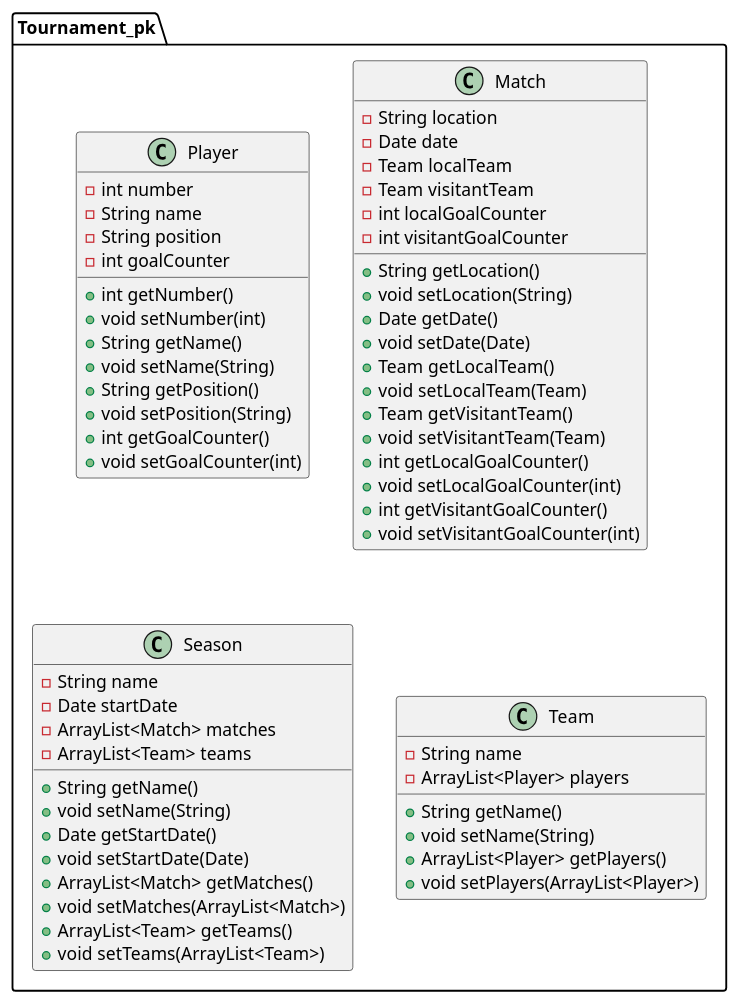
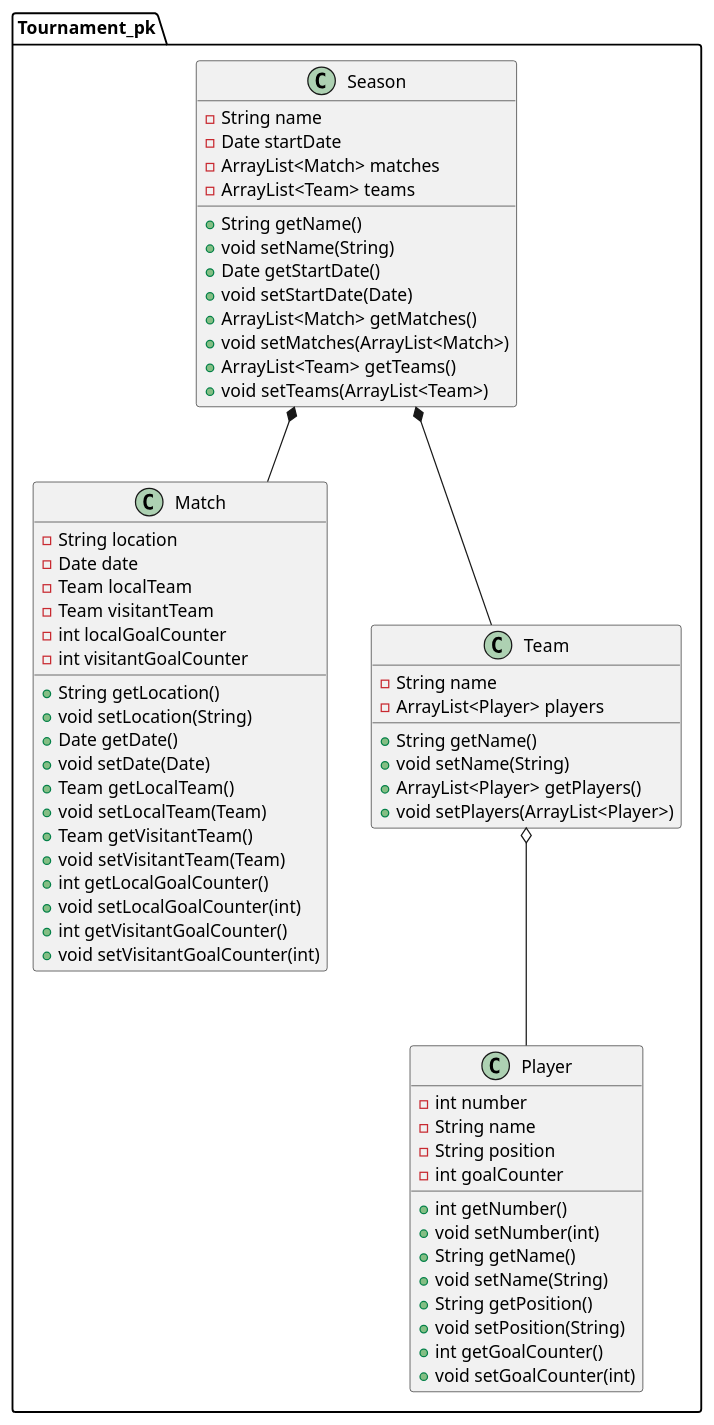
The diagram in class_diagram.puml (MalexD08/poo_davinci_tournament), drawn with PlantUML before and after one commit.

Commit message:
docs: add class diagram

```diff
--- a/class_diagram.puml
+++ b/class_diagram.puml
@@ -1,58 +1,66 @@
 @startuml
 class Tournament_pk.Player {
 - int number
 - String name
 - String position
 - int goalCounter
 + int getNumber()
 + void setNumber(int)
 + String getName()
 + void setName(String)
 + String getPosition()
 + void setPosition(String)
 + int getGoalCounter()
 + void setGoalCounter(int)
 }
 class Tournament_pk.Match {
 - String location
 - Date date
 - Team localTeam
 - Team visitantTeam
 - int localGoalCounter
 - int visitantGoalCounter
 + String getLocation()
 + void setLocation(String)
 + Date getDate()
 + void setDate(Date)
 + Team getLocalTeam()
 + void setLocalTeam(Team)
 + Team getVisitantTeam()
 + void setVisitantTeam(Team)
 + int getLocalGoalCounter()
 + void setLocalGoalCounter(int)
 + int getVisitantGoalCounter()
 + void setVisitantGoalCounter(int)
 }
+
+
 class Tournament_pk.Season {
 - String name
 - Date startDate
 - ArrayList<Match> matches
 - ArrayList<Team> teams
 + String getName()
 + void setName(String)
 + Date getStartDate()
 + void setStartDate(Date)
 + ArrayList<Match> getMatches()
 + void setMatches(ArrayList<Match>)
 + ArrayList<Team> getTeams()
 + void setTeams(ArrayList<Team>)
 }
+
+Tournament_pk.Season *-- Tournament_pk.Team
+Tournament_pk.Season *-- Tournament_pk.Match
+Tournament_pk.Team o-- Tournament_pk.Player
+
+
 class Tournament_pk.Team {
 - String name
 - ArrayList<Player> players
 + String getName()
 + void setName(String)
 + ArrayList<Player> getPlayers()
 + void setPlayers(ArrayList<Player>)
 }
 @enduml
```
